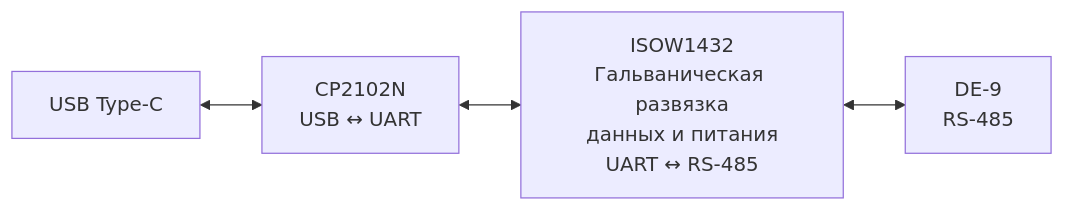
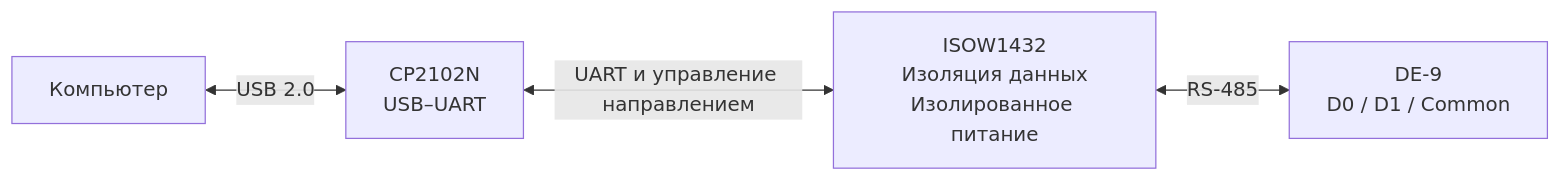
One commit to nomatin/USB-RS485-Dongle changed the diagram in README.md. Above: the diagram before and after it, drawn with Mermaid. The commit also changed other lines of this file and 2 other files, not shown here.

````diff
--- a/README.md
+++ b/README.md
@@ -31,6 +31,6 @@
 ```mermaid
 flowchart LR
-    USB["USB Type-C"] <--> UART["CP2102N<br/>USB ↔ UART"]
-    UART <--> ISO["ISOW1432<br/>Гальваническая развязка<br/>данных и питания<br/>UART ↔ RS-485"]
-    ISO <--> RS485["DE-9<br/>RS-485"]
+    PC["Компьютер"] <-->|"USB 2.0"| CP["CP2102N<br/>USB–UART"]
+    CP <-->|"UART и управление направлением"| ISO["ISOW1432<br/>Изоляция данных<br/>Изолированное питание"]
+    ISO <-->|"RS-485"| DB["DE-9<br/>D0 / D1 / Common"]
 ```
````
